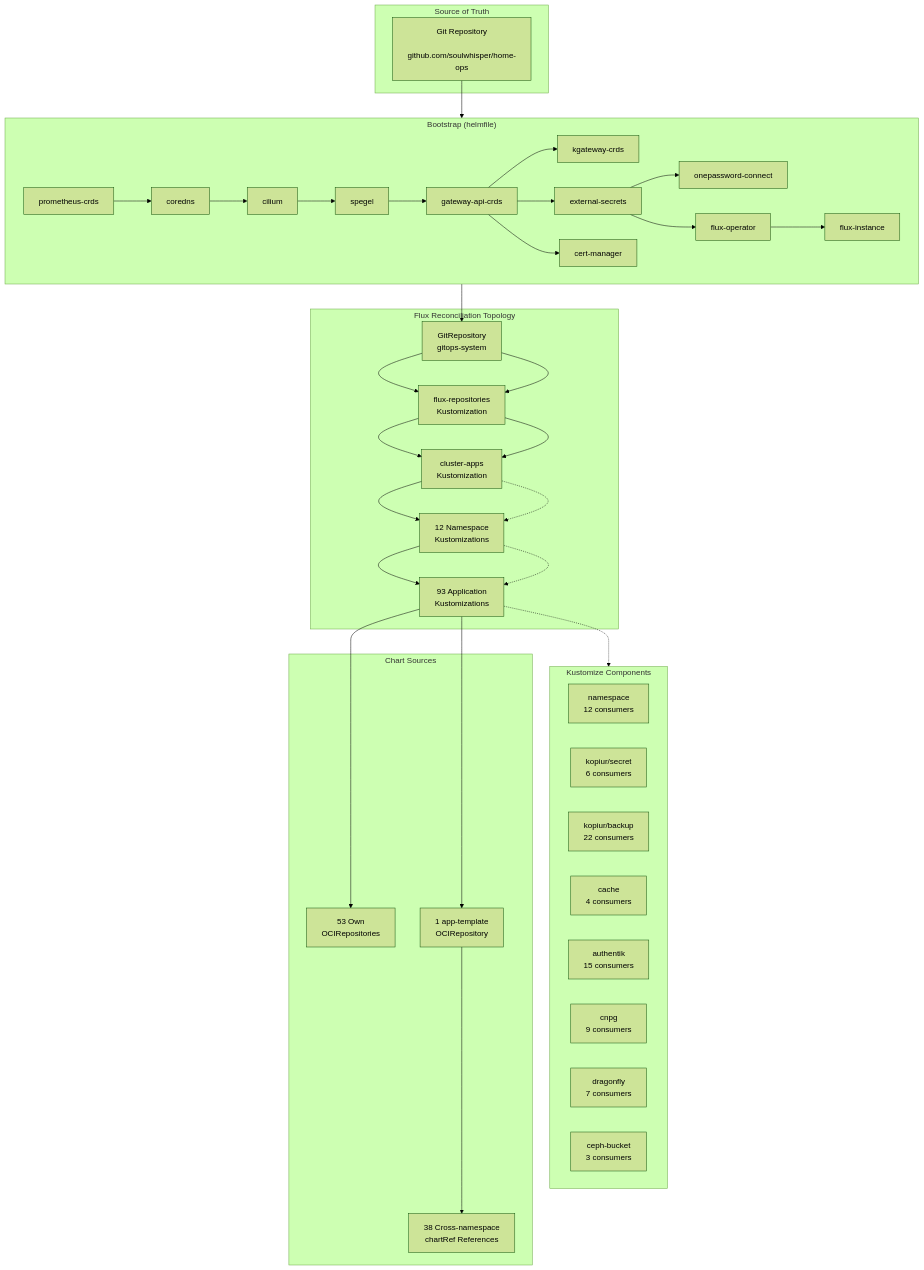
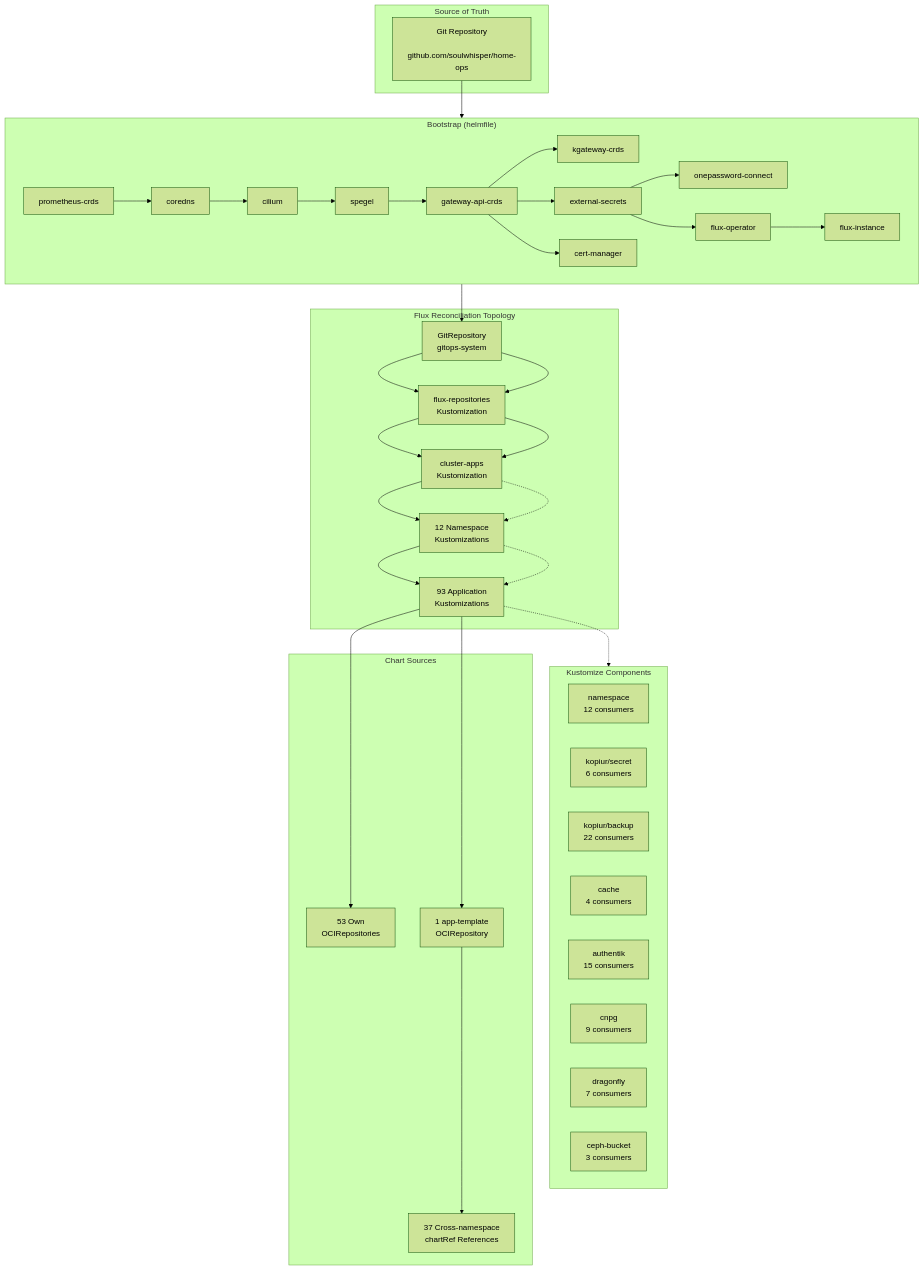
Before and after one commit to soulwhisper/home-ops: the diagram in docs/infrastructure/kubernetes.md, drawn with Mermaid (forest theme). The commit also changed other lines of this file and 14 other files, not shown here.

````diff
--- a/docs/infrastructure/kubernetes.md
+++ b/docs/infrastructure/kubernetes.md
@@ -12,72 +12,72 @@
 ```mermaid
 flowchart TB
     subgraph Source["Source of Truth"]
         GIT["Git Repository
         github.com/soulwhisper/home-ops"]
     end
 
     subgraph Bootstrap["Bootstrap (helmfile)"]
         direction LR
         B1["prometheus-crds"] --> B2["coredns"]
         B2 --> B3["cilium"]
         B3 --> B4["spegel"]
         B4 --> B5["gateway-api-crds"]
         B5 --> B6["kgateway-crds"]
         B5 --> B7["external-secrets"]
         B5 --> B8["cert-manager"]
         B7 --> B9["onepassword-connect"]
         B7 --> B11["flux-operator"]
         B11 --> B12["flux-instance"]
     end
 
     subgraph FluxTopo["Flux Reconciliation Topology"]
         GR["GitRepository
         gitops-system"] --> FR["flux-repositories
         Kustomization"]
         FR --> CA["cluster-apps
         Kustomization"]
         CA --> NS["12 Namespace
         Kustomizations"]
         NS --> APPS["93 Application
         Kustomizations"]
     end
 
     subgraph Components["Kustomize Components"]
         NS_COMP["namespace
         12 consumers"]
         KOPIUR_SECRET["kopiur/secret
         6 consumers"]
         KOPIUR_BACKUP["kopiur/backup
         22 consumers"]
         CACHE["cache
         4 consumers"]
         AUTHENTIK["authentik
         15 consumers"]
         CNPG["cnpg
         9 consumers"]
         DRAGONFLY["dragonfly
         7 consumers"]
         CEPH["ceph-bucket
         3 consumers"]
     end
 
     subgraph Charts["Chart Sources"]
         OCI_OWN["53 Own
         OCIRepositories"]
         OCI_TPL["1 app-template
         OCIRepository"]
-        CROSS["38 Cross-namespace
+        CROSS["37 Cross-namespace
         chartRef References"]
     end
 
     GIT --> Bootstrap
     Bootstrap --> GR
     GR --> FR
     FR --> CA
     CA -.-> NS
     NS -.-> APPS
     APPS -.-> Components
     APPS --> OCI_OWN
     APPS --> OCI_TPL
     OCI_TPL --> CROSS
 ```
````
